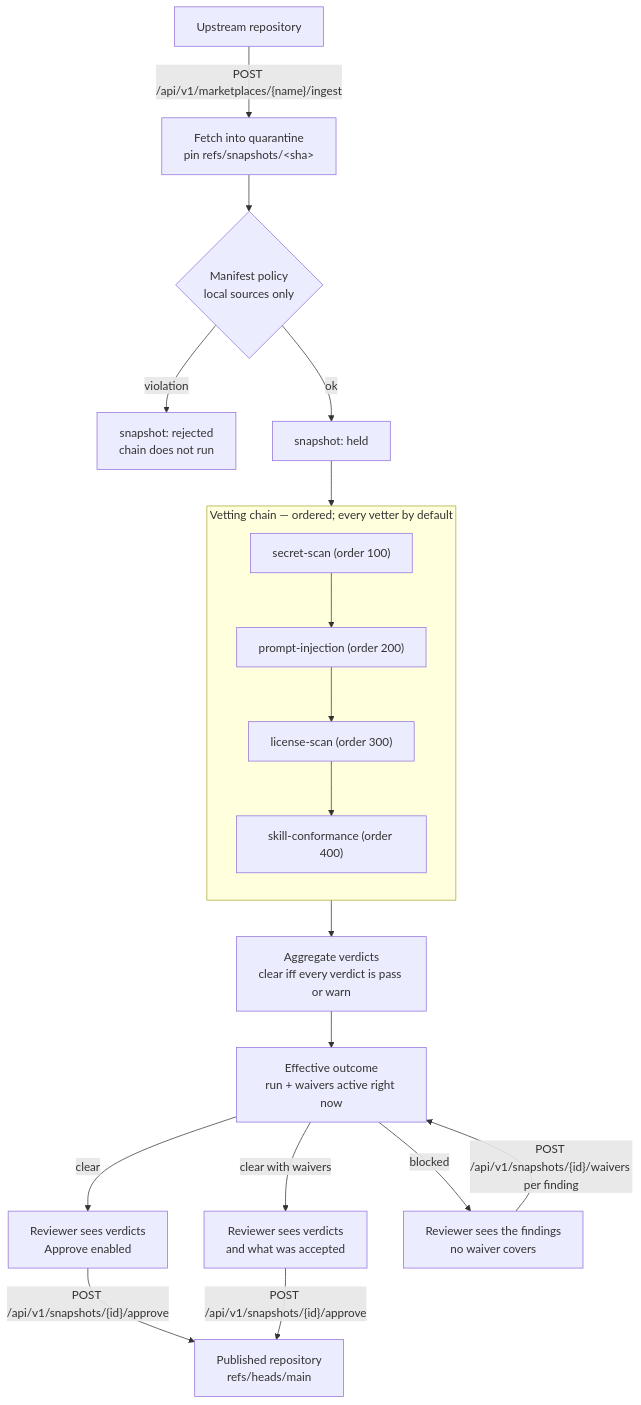
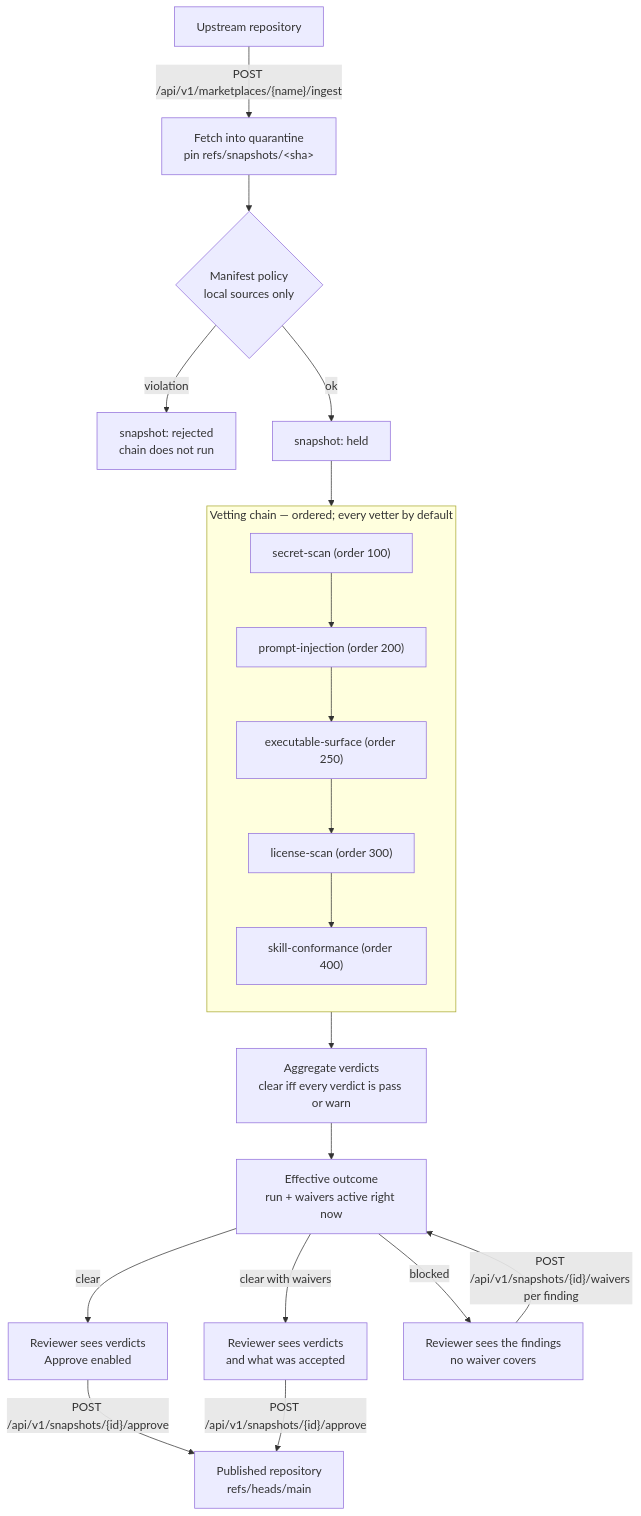
The diagram in docs/manual/concepts/vetting.md (skillsgateway/skillsgateway), drawn with Mermaid before and after one commit. The commit also changed other lines of this file and 35 other files, not shown here.

````diff
--- a/docs/manual/concepts/vetting.md
+++ b/docs/manual/concepts/vetting.md
@@ -16,22 +16,22 @@
 ```mermaid
 flowchart TD
     U["Upstream repository"] -->|"POST /api/v1/marketplaces/{name}/ingest"| F["Fetch into quarantine<br/>pin refs/snapshots/&lt;sha&gt;"]
     F --> M{"Manifest policy<br/>local sources only"}
     M -->|violation| R["snapshot: rejected<br/>chain does not run"]
     M -->|ok| H["snapshot: held"]
     H --> C["Vetting chain"]
 
     subgraph C["Vetting chain — ordered; every vetter by default"]
         direction TB
-        C1["secret-scan (order 100)"] --> C2["prompt-injection (order 200)"] --> C3["license-scan (order 300)"] --> C4["skill-conformance (order 400)"]
+        C1["secret-scan (order 100)"] --> C2["prompt-injection (order 200)"] --> C5["executable-surface (order 250)"] --> C3["license-scan (order 300)"] --> C4["skill-conformance (order 400)"]
     end
 
     C --> A["Aggregate verdicts<br/>clear iff every verdict is pass or warn"]
     A --> E["Effective outcome<br/>run + waivers active right now"]
     E -->|clear| RV["Reviewer sees verdicts<br/>Approve enabled"]
     E -->|clear with waivers| RW["Reviewer sees verdicts<br/>and what was accepted"]
     E -->|blocked| RB["Reviewer sees the findings<br/>no waiver covers"]
     RV -->|"POST /api/v1/snapshots/{id}/approve"| P["Published repository<br/>refs/heads/main"]
     RW -->|"POST /api/v1/snapshots/{id}/approve"| P
     RB -->|"POST /api/v1/snapshots/{id}/waivers per finding"| E
 ```
````
